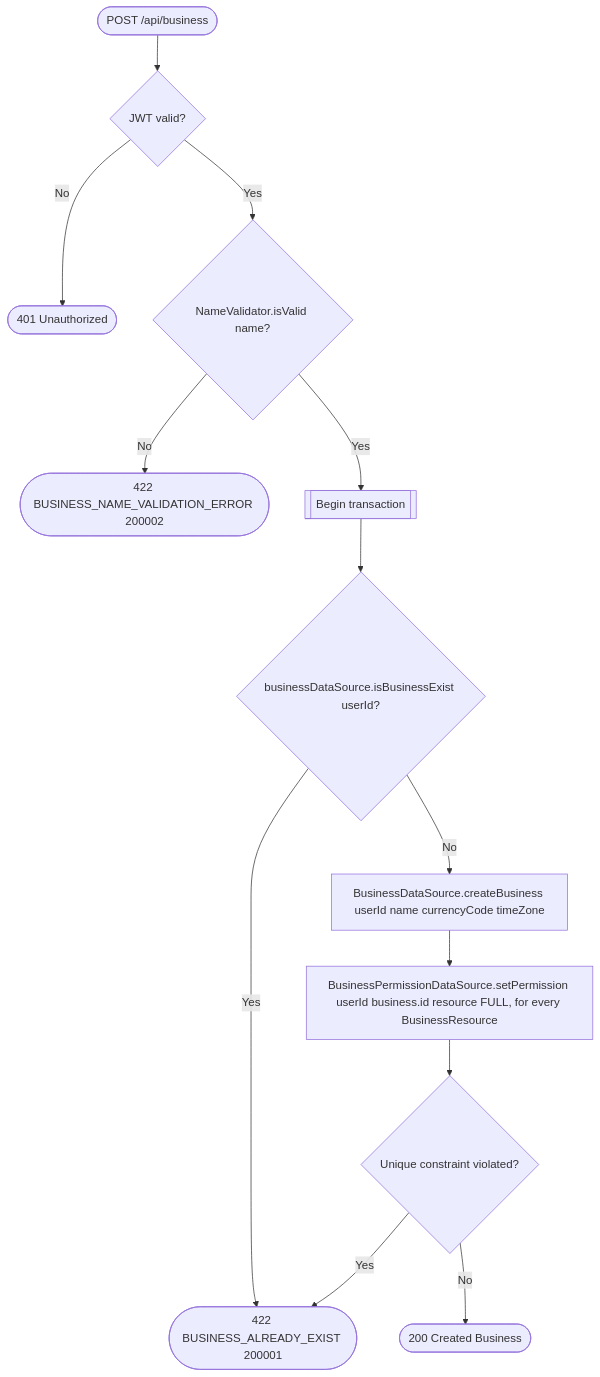
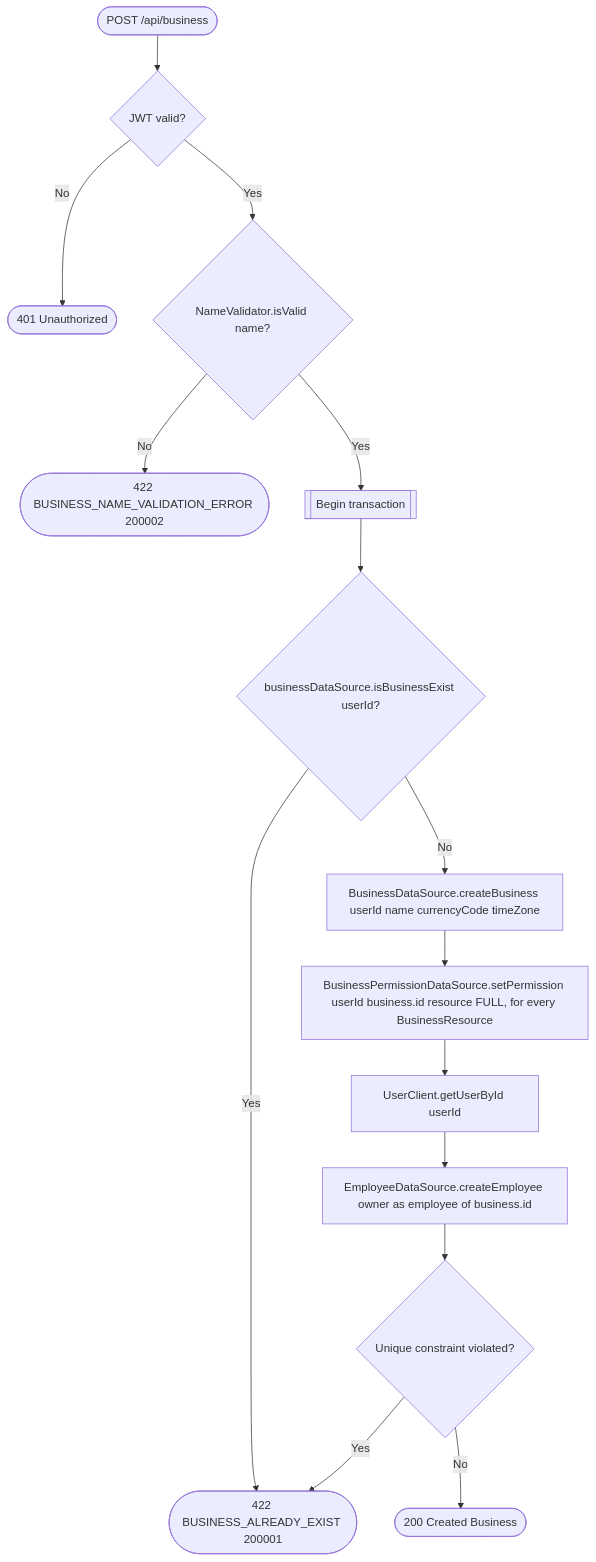
One commit to an22/bookk.me-backend changed the diagram in docs/operations/business/create-business.md. Above: the diagram before and after it, drawn with Mermaid. The commit also changed other lines of this file and 16 other files, not shown here.

````diff
--- a/docs/operations/business/create-business.md
+++ b/docs/operations/business/create-business.md
@@ -9,15 +17,17 @@
 ```mermaid
 flowchart TD
     Start([POST /api/business]) --> Auth{JWT valid?}
     Auth -- No --> R401([401 Unauthorized])
     Auth -- Yes --> NameCheck{NameValidator.isValid name?}
     NameCheck -- No --> R422a([422 BUSINESS_NAME_VALIDATION_ERROR 200002])
     NameCheck -- Yes --> Tx[[Begin transaction]]
     Tx --> Exists{businessDataSource.isBusinessExist userId?}
     Exists -- Yes --> R422b([422 BUSINESS_ALREADY_EXIST 200001])
     Exists -- No --> Create[BusinessDataSource.createBusiness userId name currencyCode timeZone]
     Create --> SetPerm[BusinessPermissionDataSource.setPermission userId business.id resource FULL, for every BusinessResource]
-    SetPerm --> Constraint{Unique constraint violated?}
+    SetPerm --> ResolveOwner[UserClient.getUserById userId]
+    ResolveOwner --> CreateEmployee[EmployeeDataSource.createEmployee owner as employee of business.id]
+    CreateEmployee --> Constraint{Unique constraint violated?}
     Constraint -- Yes --> R422b
     Constraint -- No --> R200([200 Created Business])
 ```
````
